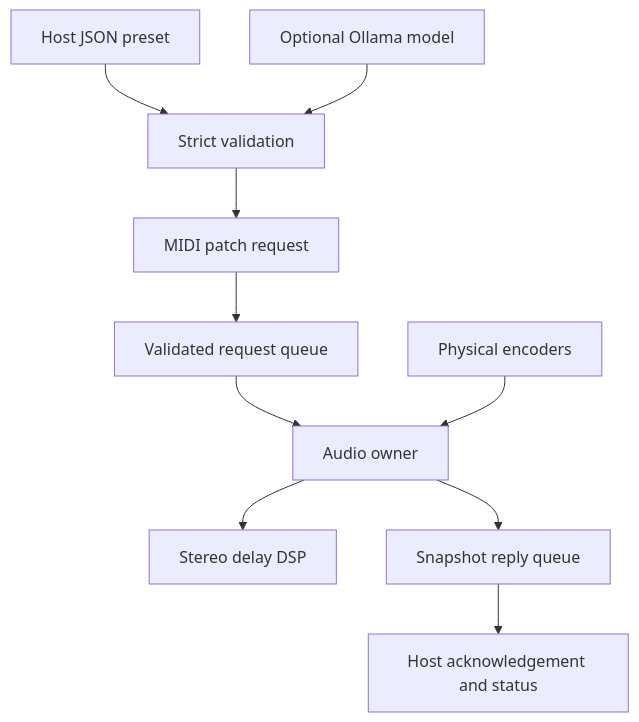
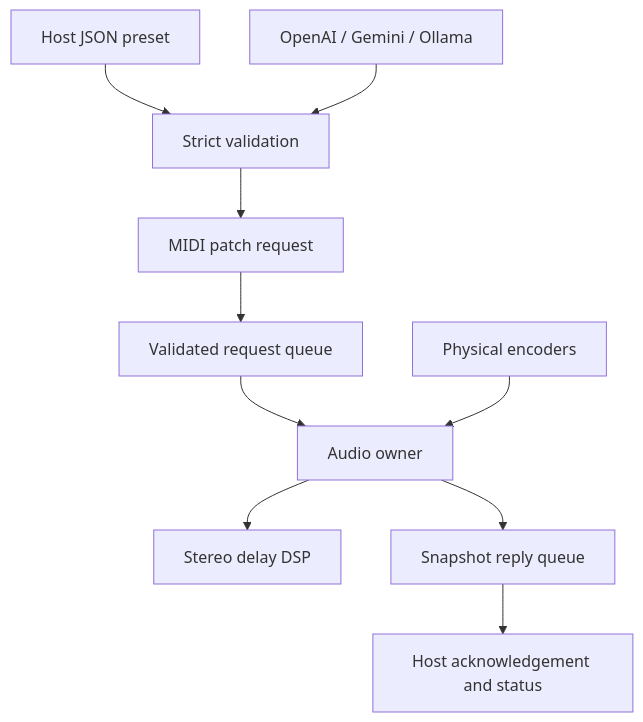
The diagram in docs/forge/ARCHITECTURE.md (DCDominguez/CHOMPI), drawn with Mermaid before and after one commit. The commit also changed other lines of this file and 16 other files, not shown here.

Commit message:
Add local Forge webapp with OpenAI and Gemini authoring

````diff
--- a/docs/forge/ARCHITECTURE.md
+++ b/docs/forge/ARCHITECTURE.md
@@ -14,12 +14,12 @@
 ```mermaid
 flowchart TD
     Preset["Host JSON preset"] --> Validate["Strict validation"]
-    Model["Optional Ollama model"] --> Validate
+    Model["OpenAI / Gemini / Ollama"] --> Validate
     Validate --> MIDI["MIDI patch request"]
     MIDI --> Queue["Validated request queue"]
     Queue --> Audio["Audio owner"]
     Knobs["Physical encoders"] --> Audio
     Audio --> DSP["Stereo delay DSP"]
     Audio --> Reply["Snapshot reply queue"]
     Reply --> Host["Host acknowledgement and status"]
 ```
````
